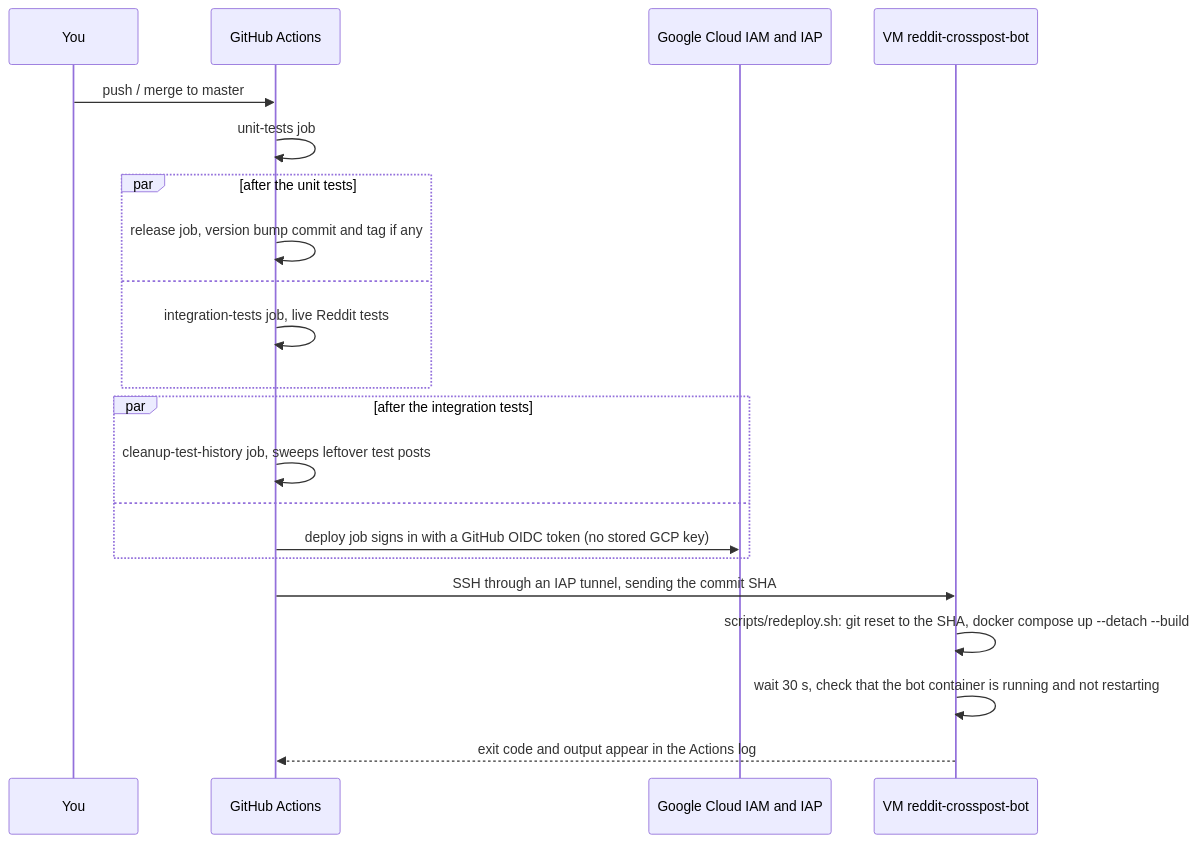
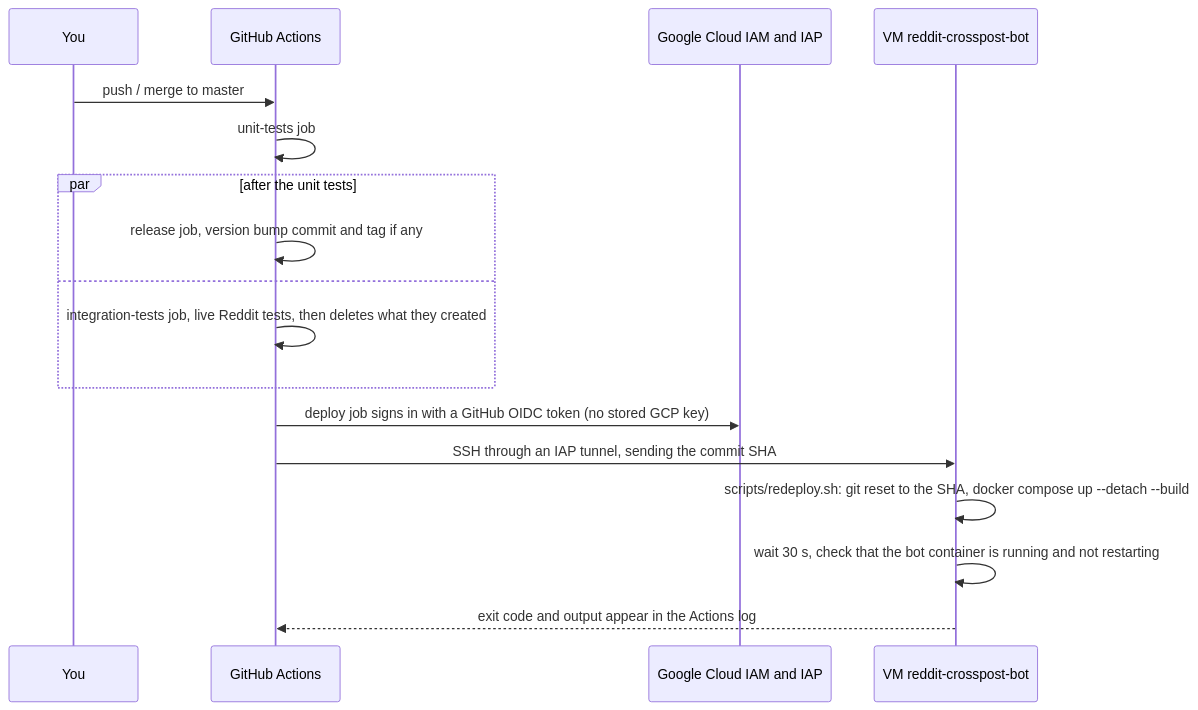
Before and after one commit to Toldry/RedditAutoCrosspostBot: the diagram in docs/auto-deploy.md, drawn with Mermaid. The commit also changed other lines of this file and 7 other files, not shown here.

First line of the commit message:
ci: delete only the posts the integration tests created

````diff
--- a/docs/auto-deploy.md
+++ b/docs/auto-deploy.md
@@ -26,23 +26,19 @@
 ```mermaid
 sequenceDiagram
     participant Dev as You
     participant GH as GitHub Actions
     participant GCP as Google Cloud IAM and IAP
     participant VM as VM reddit-crosspost-bot
     Dev->>GH: push / merge to master
     GH->>GH: unit-tests job
     par after the unit tests
         GH->>GH: release job, version bump commit and tag if any
     and
-        GH->>GH: integration-tests job, live Reddit tests
+        GH->>GH: integration-tests job, live Reddit tests, then deletes what they created
     end
-    par after the integration tests
-        GH->>GH: cleanup-test-history job, sweeps leftover test posts
-    and
-        GH->>GCP: deploy job signs in with a GitHub OIDC token (no stored GCP key)
-    end
+    GH->>GCP: deploy job signs in with a GitHub OIDC token (no stored GCP key)
     GH->>VM: SSH through an IAP tunnel, sending the commit SHA
     VM->>VM: scripts/redeploy.sh: git reset to the SHA, docker compose up --detach --build
     VM->>VM: wait 30 s, check that the bot container is running and not restarting
     VM-->>GH: exit code and output appear in the Actions log
 ```
````
